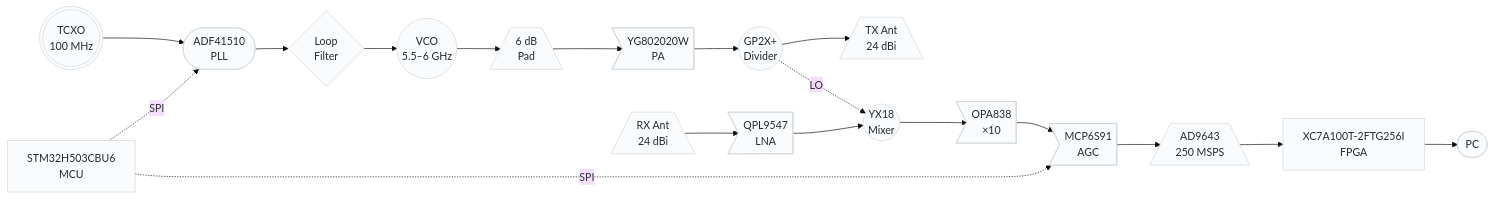
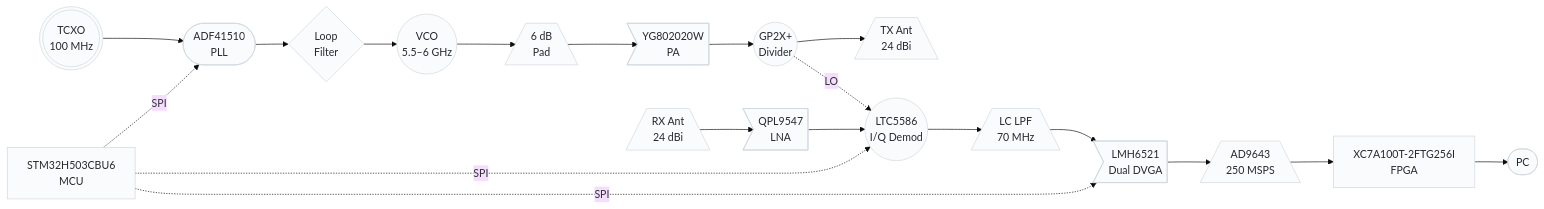
Before and after one commit to oliskcz/Lyrion-Radar: the first of 4 diagrams in README.md, drawn with Mermaid (base theme). The commit also changed other lines of this file and 1 other file, not shown here.

First line of the commit message:
RX chain redesign: I/Q architecture with LTC5586 + LMH6521

````diff
--- a/README.md
+++ b/README.md
@@ -73,50 +77,51 @@
 ```mermaid
 flowchart LR
     %% Chirp Source
     REF((("TCXO<br/>100 MHz")))
     PLL(["ADF41510<br/>PLL"])
     LF{"Loop<br/>Filter"}
     VCO(("VCO<br/>5.5–6 GHz"))
 
     %% TX Chain
     PAD[/"6 dB<br/>Pad"\]
     PA>"YG802020W<br/>PA"]
     DIV(("GP2X+<br/>Divider"))
     TXANT[/"TX Ant<br/>24 dBi"\]
 
     %% RX Chain
     RXANT[/"RX Ant<br/>24 dBi"\]
     LNA>"QPL9547<br/>LNA"]
-    MIX(("YX18<br/>Mixer"))
-    IFA>"OPA838<br/>×10"]
-    AGC>"MCP6S91<br/>AGC"]
+    IQDEM(("LTC5586<br/>I/Q Demod"))
+    LPF[/"LC LPF<br/>70 MHz"\]
+    DVGA>"LMH6521<br/>Dual DVGA"]
 
     %% Digital
     ADC[/"AD9643<br/>250 MSPS"\]
     FPGA["XC7A100T-2FTG256I<br/>FPGA"]
     MCU["STM32H503CBU6<br/>MCU"]
     PC(["PC"])
 
     %% Chirp Source flow
     REF --> PLL --> LF --> VCO
 
     %% TX flow
     VCO --> PAD --> PA --> DIV
     DIV --> TXANT
-    DIV -. LO .-> MIX
+    DIV -. LO .-> IQDEM
 
     %% RX flow
-    RXANT --> LNA --> MIX
-    MIX --> IFA --> AGC --> ADC --> FPGA --> PC
+    RXANT --> LNA --> IQDEM
+    IQDEM --> LPF --> DVGA --> ADC --> FPGA --> PC
 
     %% MCU control
     MCU -. SPI .-> PLL
-    MCU -. SPI .-> AGC
+    MCU -. SPI .-> IQDEM
+    MCU -. SPI .-> DVGA
 
     %% Subtle styling
     classDef chirp fill:#fafbfc,stroke:#d0d7de,color:#24292f
     classDef rf fill:#fafbfc,stroke:#d0d7de,color:#24292f
     classDef digital fill:#fafbfc,stroke:#d0d7de,color:#24292f
 
-    class REF,PLL,LF,VCO,PAD,PA,DIV,TXANT,RXANT,LNA,MIX,IFA,AGC,ADC,FPGA,MCU,PC chirp
+    class REF,PLL,LF,VCO,PAD,PA,DIV,TXANT,RXANT,LNA,IQDEM,LPF,DVGA,ADC,FPGA,MCU,PC chirp
 ```
````
